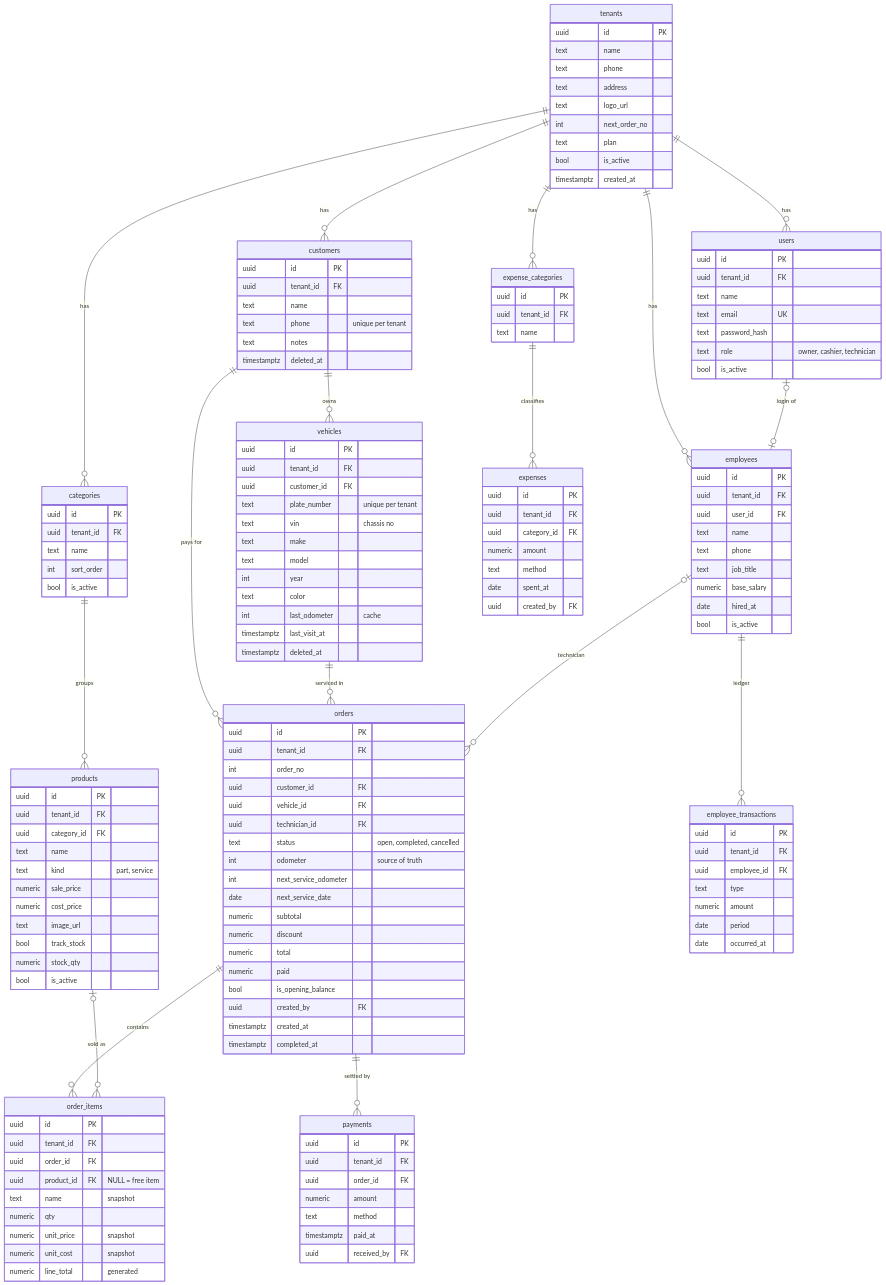
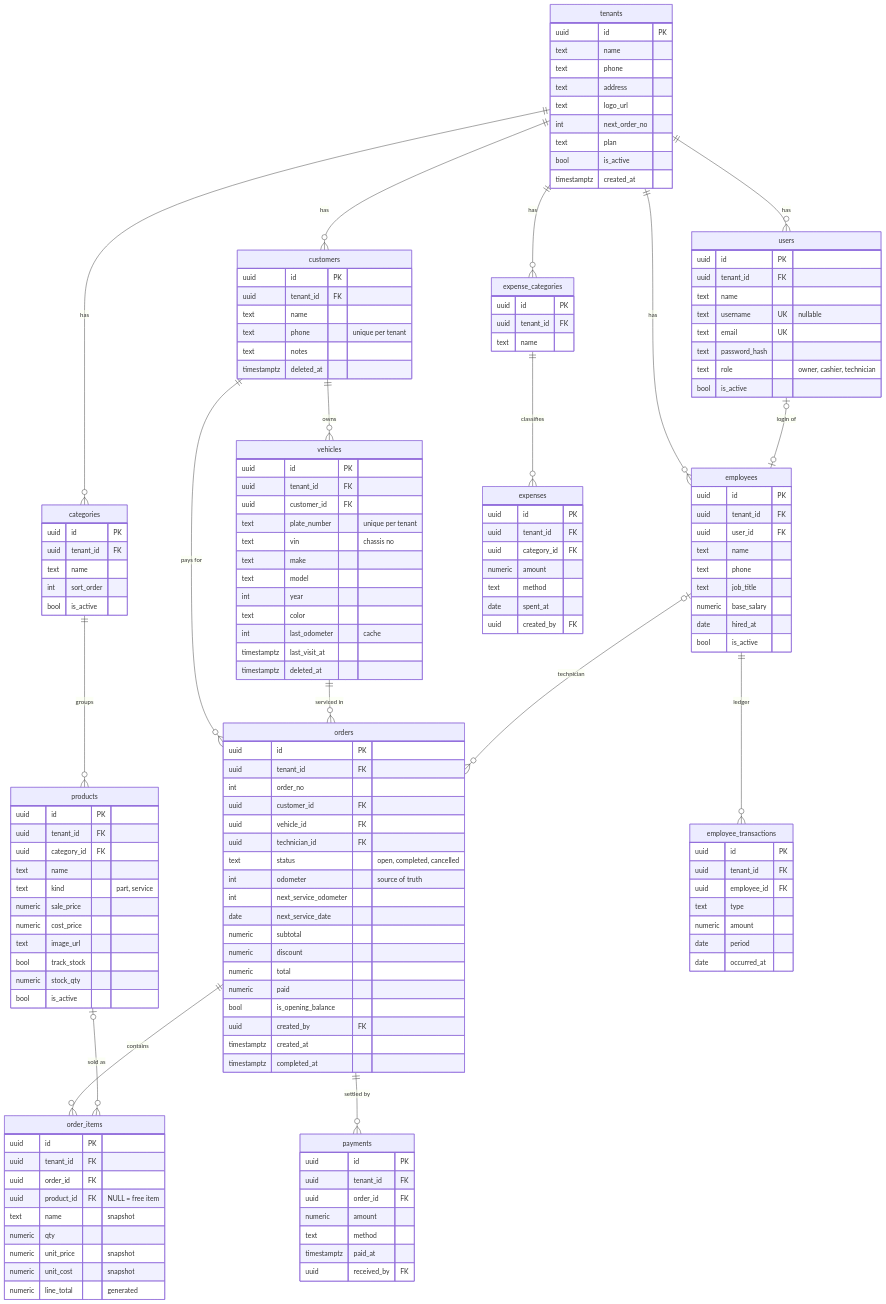
One commit to Zyad009/fix changed the first of 2 diagrams in shortdoc.md. Above: the diagram before and after it, drawn with Mermaid. The commit also changed other lines of this file and 22 other files, not shown here.

```diff
--- a/shortdoc.md
+++ b/shortdoc.md
@@ -116,6 +116,7 @@
         uuid id PK
         uuid tenant_id FK
         text name
+        text username UK "nullable"
         text email UK
         text password_hash
         text role "owner, cashier, technician"
```
